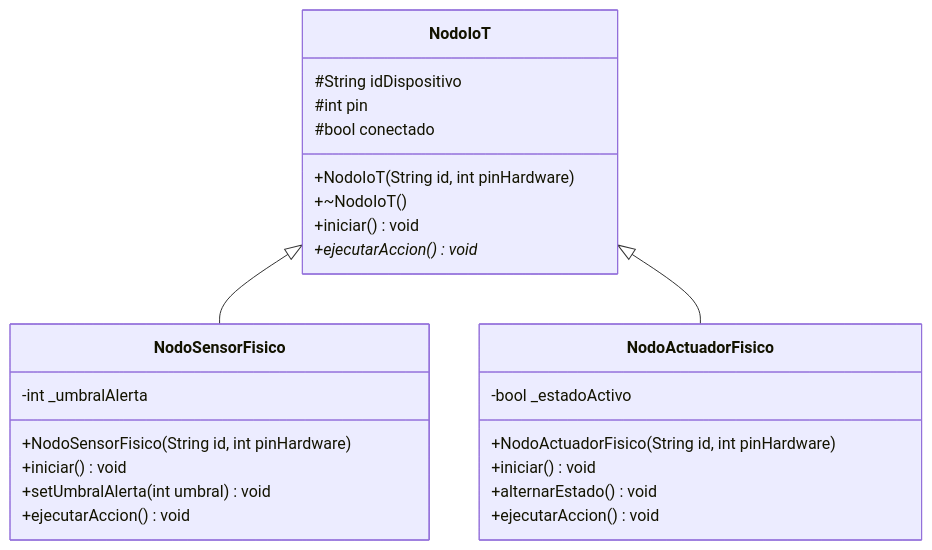
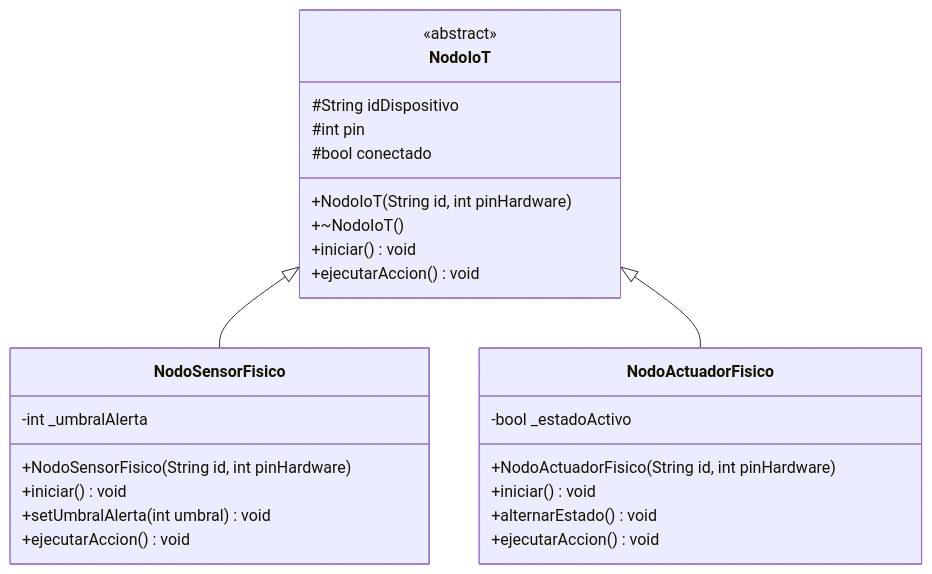
The diagram in practica-03/docs/Avance_Semana_01_Practica_03.md (Maxloeza18/poo_MADE), drawn with Mermaid before and after one commit. The commit also changed other lines of this file and 3 other files, not shown here.

````diff
--- a/practica-03/docs/Avance_Semana_01_Practica_03.md
+++ b/practica-03/docs/Avance_Semana_01_Practica_03.md
@@ -120,31 +129,32 @@
 ```mermaid
 classDiagram
     class NodoIoT {
+        <<abstract>>
         #String idDispositivo
         #int pin
         #bool conectado
         +NodoIoT(String id, int pinHardware)
         +~NodoIoT()
         +iniciar() void
-        +ejecutarAccion()* void
+        +ejecutarAccion() void
     }
 
     class NodoSensorFisico {
         -int _umbralAlerta
         +NodoSensorFisico(String id, int pinHardware)
         +iniciar() void
         +setUmbralAlerta(int umbral) void
         +ejecutarAccion() void
     }
 
     class NodoActuadorFisico {
         -bool _estadoActivo
         +NodoActuadorFisico(String id, int pinHardware)
         +iniciar() void
         +alternarEstado() void
         +ejecutarAccion() void
     }
 
     NodoIoT <|-- NodoSensorFisico
     NodoIoT <|-- NodoActuadorFisico
 ```
````
